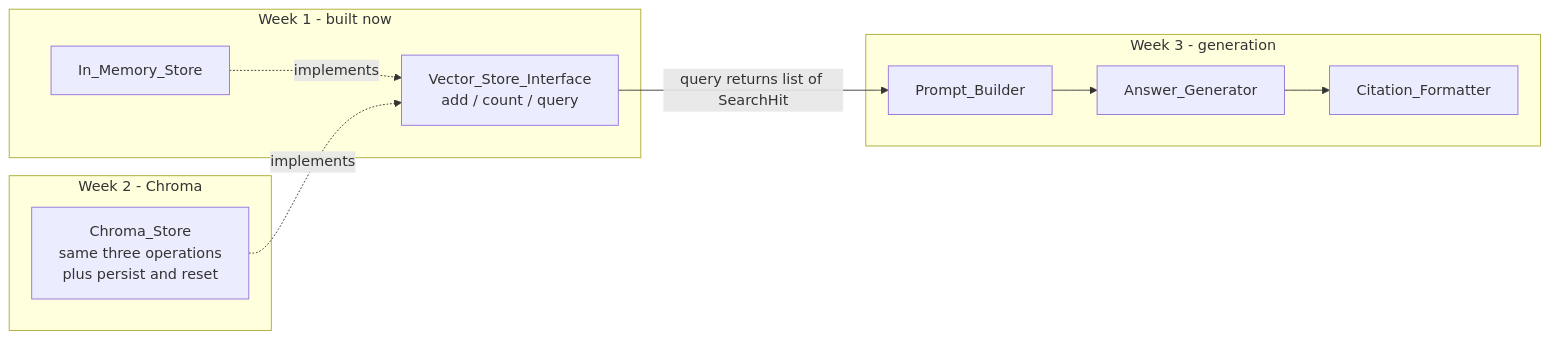
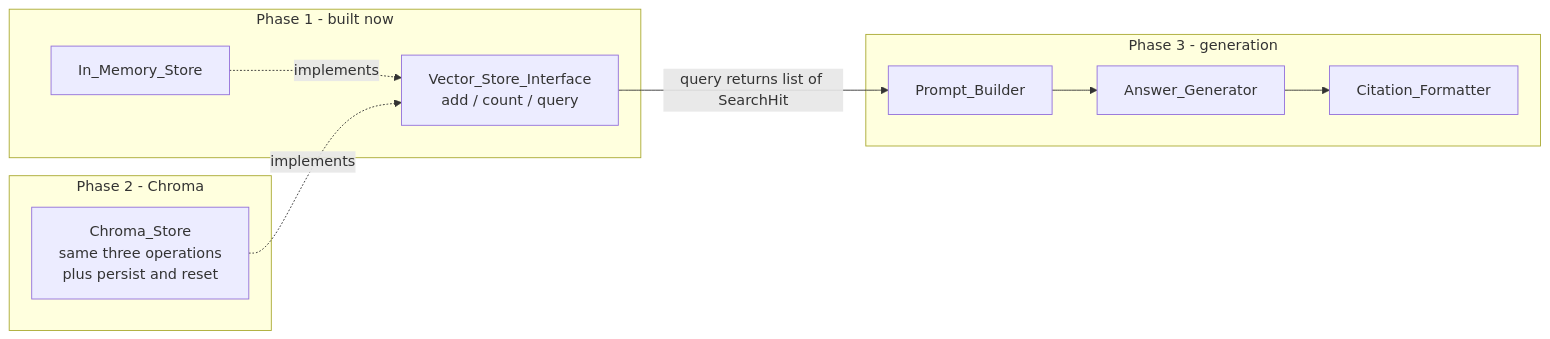
One commit to Iddrisusalima/ask-my-notes changed the third of 3 diagrams in .kiro/specs/embeddings-chunking/design.md. Above: the diagram before and after it, drawn with Mermaid. The commit also changed other lines of this file and 26 other files, not shown here.

First line of the commit message:
Rename Week 1/2/3 to Phase 1/2/3 throughout

````diff
--- a/.kiro/specs/embeddings-chunking/design.md
+++ b/.kiro/specs/embeddings-chunking/design.md
@@ -116,23 +116,23 @@
 ```mermaid
 flowchart LR
-    subgraph w1["Week 1 - built now"]
+    subgraph w1["Phase 1 - built now"]
         VSI[Vector_Store_Interface<br/>add / count / query]
         IMS[In_Memory_Store]
         IMS -.implements.-> VSI
     end
 
-    subgraph w2["Week 2 - Chroma"]
+    subgraph w2["Phase 2 - Chroma"]
         CS["Chroma_Store<br/>same three operations<br/>plus persist and reset"]
         CS -.implements.-> VSI
     end
 
-    subgraph w3["Week 3 - generation"]
+    subgraph w3["Phase 3 - generation"]
         PB[Prompt_Builder]
         GEN[Answer_Generator]
         CIT[Citation_Formatter]
     end
 
     VSI -->|"query returns list of SearchHit"| PB
     PB --> GEN
     GEN --> CIT
 ```
````
